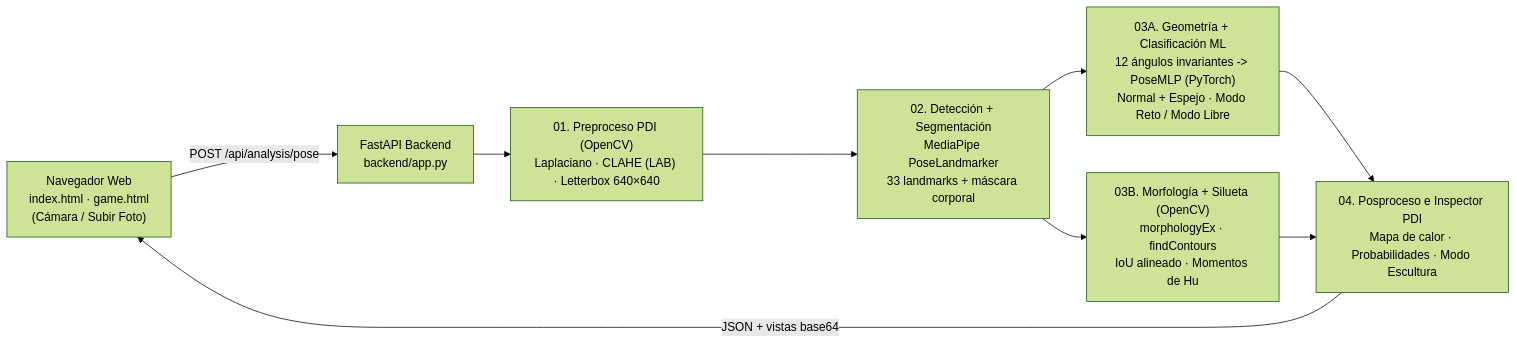
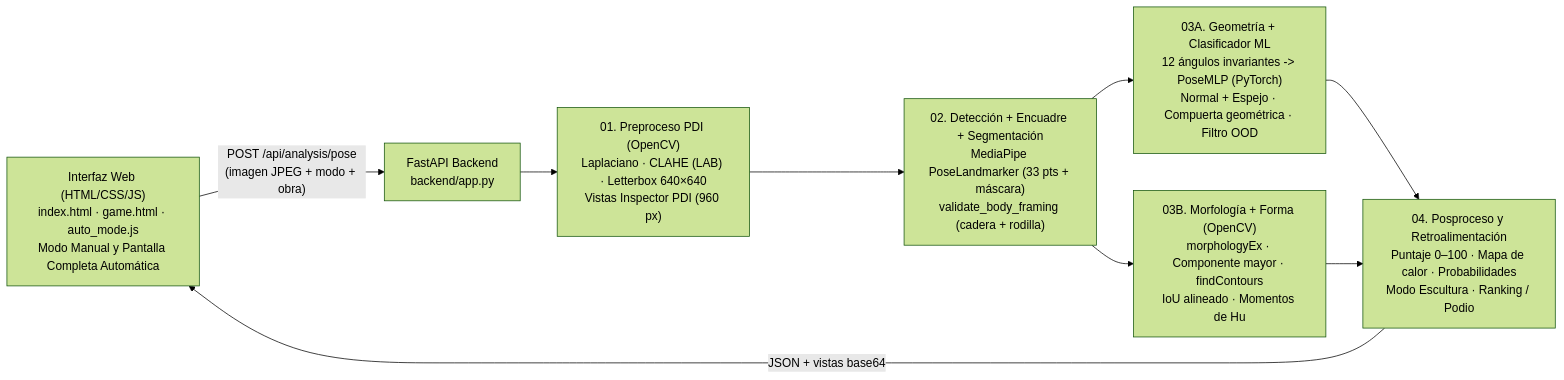
The diagram in README.md (xxjul123/Mimesis), drawn with Mermaid (forest theme) before and after one commit. The commit also changed other lines of this file and 12 other files, not shown here.

````diff
--- a/README.md
+++ b/README.md
@@ -33,11 +33,11 @@
 ```mermaid
 flowchart LR
-    A["Navegador Web<br/>index.html · game.html<br/>(Cámara / Subir Foto)"] -->|"POST /api/analysis/pose"| B["FastAPI Backend<br/>backend/app.py"]
-    B --> C["01. Preproceso PDI (OpenCV)<br/>Laplaciano · CLAHE (LAB) · Letterbox 640×640"]
-    C --> D["02. Detección + Segmentación<br/>MediaPipe PoseLandmarker<br/>33 landmarks + máscara corporal"]
-    D --> E["03A. Geometría + Clasificación ML<br/>12 ángulos invariantes -> PoseMLP (PyTorch)<br/>Normal + Espejo · Modo Reto / Modo Libre"]
-    D --> F["03B. Morfología + Silueta (OpenCV)<br/>morphologyEx · findContours<br/>IoU alineado · Momentos de Hu"]
-    E --> G["04. Posproceso e Inspector PDI<br/>Mapa de calor · Probabilidades · Modo Escultura"]
+    A["Interfaz Web (HTML/CSS/JS)<br/>index.html · game.html · auto_mode.js<br/>Modo Manual y Pantalla Completa Automática"] -->|"POST /api/analysis/pose<br/>(imagen JPEG + modo + obra)"| B["FastAPI Backend<br/>backend/app.py"]
+    B --> C["01. Preproceso PDI (OpenCV)<br/>Laplaciano · CLAHE (LAB) · Letterbox 640×640<br/>Vistas Inspector PDI (960 px)"]
+    C --> D["02. Detección + Encuadre + Segmentación<br/>MediaPipe PoseLandmarker (33 pts + máscara)<br/>validate_body_framing (cadera + rodilla)"]
+    D --> E["03A. Geometría + Clasificador ML<br/>12 ángulos invariantes -> PoseMLP (PyTorch)<br/>Normal + Espejo · Compuerta geométrica · Filtro OOD"]
+    D --> F["03B. Morfología + Forma (OpenCV)<br/>morphologyEx · Componente mayor · findContours<br/>IoU alineado · Momentos de Hu"]
+    E --> G["04. Posproceso y Retroalimentación<br/>Puntaje 0–100 · Mapa de calor · Probabilidades<br/>Modo Escultura · Ranking / Podio"]
     F --> G
     G -->|"JSON + vistas base64"| A
 ```
````
